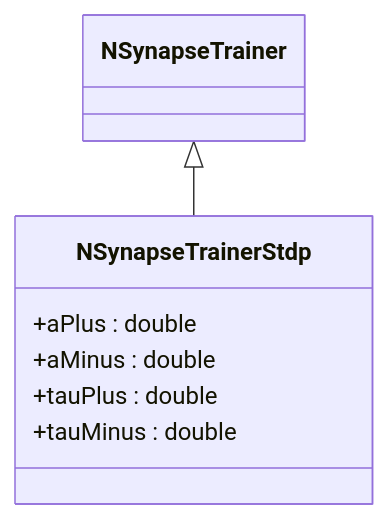
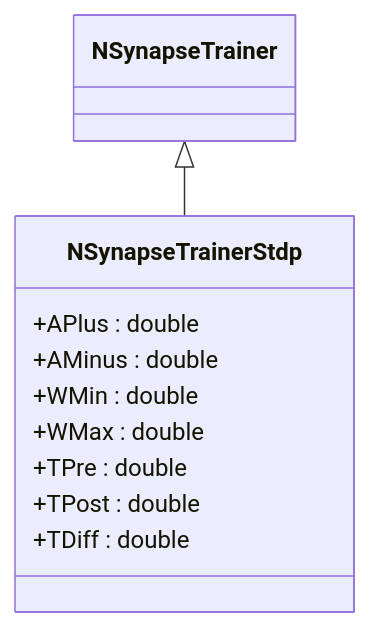
Before and after one commit to aicommunity/Nmsdk-PulseLib: the sixth of 10 diagrams in Docs/Components/NSynapseTrainerStdp.md, drawn with Mermaid. The commit also changed other lines of this file and 196 other files, not shown here.

````diff
--- a/Docs/Components/NSynapseTrainerStdp.md
+++ b/Docs/Components/NSynapseTrainerStdp.md
@@ -7,10 +328,13 @@
 ```mermaid
 classDiagram
     NSynapseTrainer <|-- NSynapseTrainerStdp
     class NSynapseTrainerStdp {
-        +aPlus : double
-        +aMinus : double
-        +tauPlus : double
-        +tauMinus : double
+        +APlus : double
+        +AMinus : double
+        +WMin : double
+        +WMax : double
+        +TPre : double
+        +TPost : double
+        +TDiff : double
     }
 ```
````
